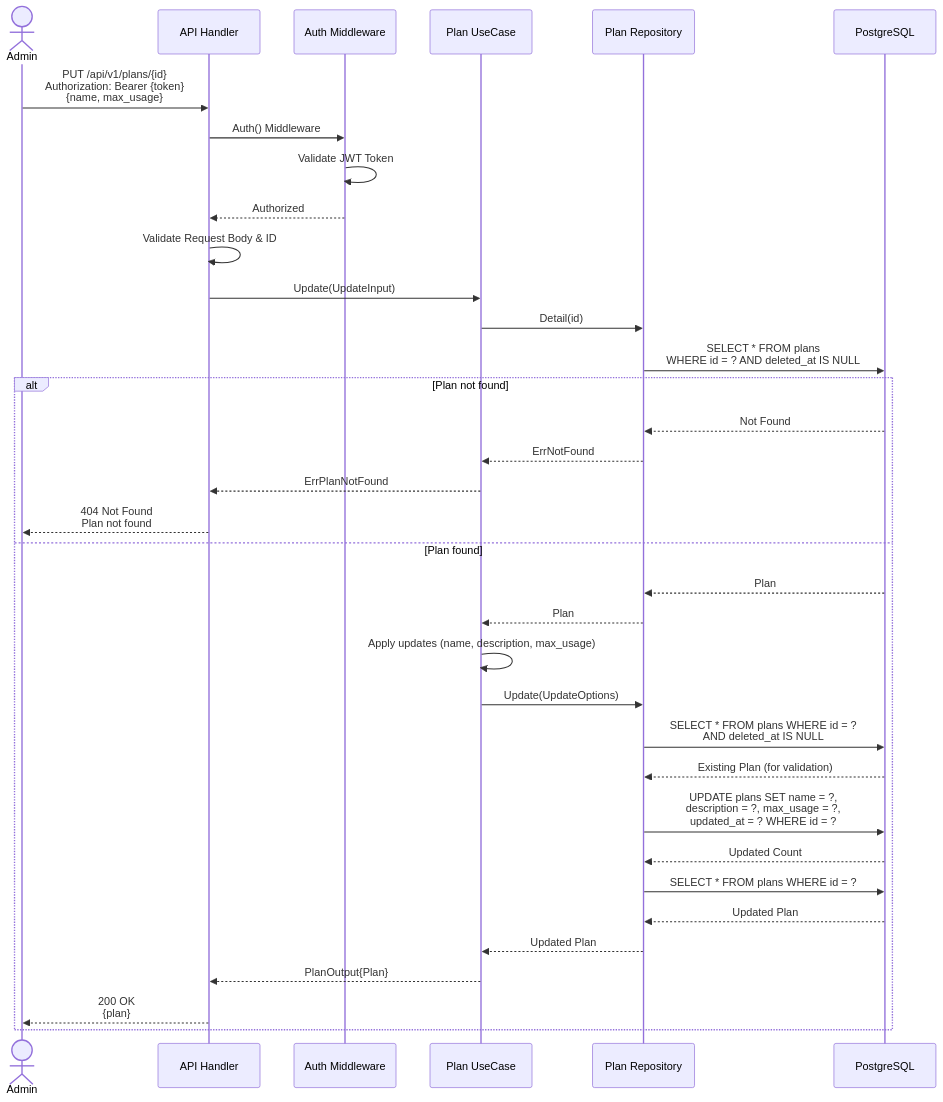
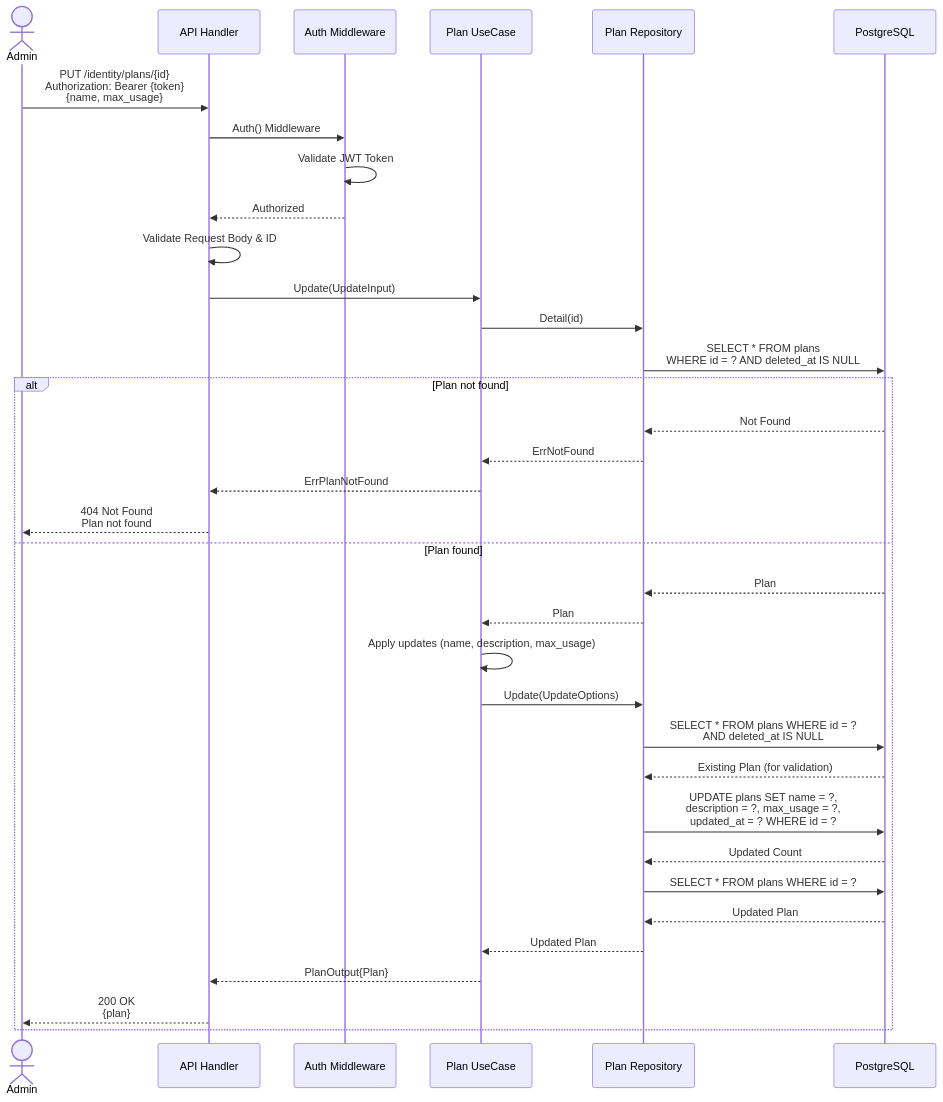
Before and after one commit to smap-hcmut/identity-srv: the eighth of 12 diagrams in identity/document/api_01_sequence_diagrams.md, drawn with Mermaid. The commit also changed other lines of this file and 37 other files, not shown here.

Commit message:
feat(identity): refactor API endpoints to use /identity base path; update documentation and handlers for authentication, plans, and subscriptions; implement role-based access control with user roles and password management features

````diff
--- a/identity/document/api_01_sequence_diagrams.md
+++ b/identity/document/api_01_sequence_diagrams.md
@@ -410,44 +410,44 @@
 ```mermaid
 sequenceDiagram
     actor Admin
     participant API as API Handler
     participant MW as Auth Middleware
     participant PlanUC as Plan UseCase
     participant PlanRepo as Plan Repository
     participant DB as PostgreSQL
 
-    Admin->>API: PUT /api/v1/plans/{id}<br/>Authorization: Bearer {token}<br/>{name, max_usage}
+    Admin->>API: PUT /identity/plans/{id}<br/>Authorization: Bearer {token}<br/>{name, max_usage}
     API->>MW: Auth() Middleware
     MW->>MW: Validate JWT Token
     MW-->>API: Authorized
     
     API->>API: Validate Request Body & ID
     API->>PlanUC: Update(UpdateInput)
     
     PlanUC->>PlanRepo: Detail(id)
     PlanRepo->>DB: SELECT * FROM plans<br/>WHERE id = ? AND deleted_at IS NULL
     
     alt Plan not found
         DB-->>PlanRepo: Not Found
         PlanRepo-->>PlanUC: ErrNotFound
         PlanUC-->>API: ErrPlanNotFound
         API-->>Admin: 404 Not Found<br/>Plan not found
     else Plan found
         DB-->>PlanRepo: Plan
         PlanRepo-->>PlanUC: Plan
         
         PlanUC->>PlanUC: Apply updates (name, description, max_usage)
         PlanUC->>PlanRepo: Update(UpdateOptions)
         PlanRepo->>DB: SELECT * FROM plans WHERE id = ?<br/>AND deleted_at IS NULL
         DB-->>PlanRepo: Existing Plan (for validation)
         
         PlanRepo->>DB: UPDATE plans SET name = ?,<br/>description = ?, max_usage = ?,<br/>updated_at = ? WHERE id = ?
         DB-->>PlanRepo: Updated Count
         
         PlanRepo->>DB: SELECT * FROM plans WHERE id = ?
         DB-->>PlanRepo: Updated Plan
         PlanRepo-->>PlanUC: Updated Plan
         PlanUC-->>API: PlanOutput{Plan}
         API-->>Admin: 200 OK<br/>{plan}
     end
 ```
````
